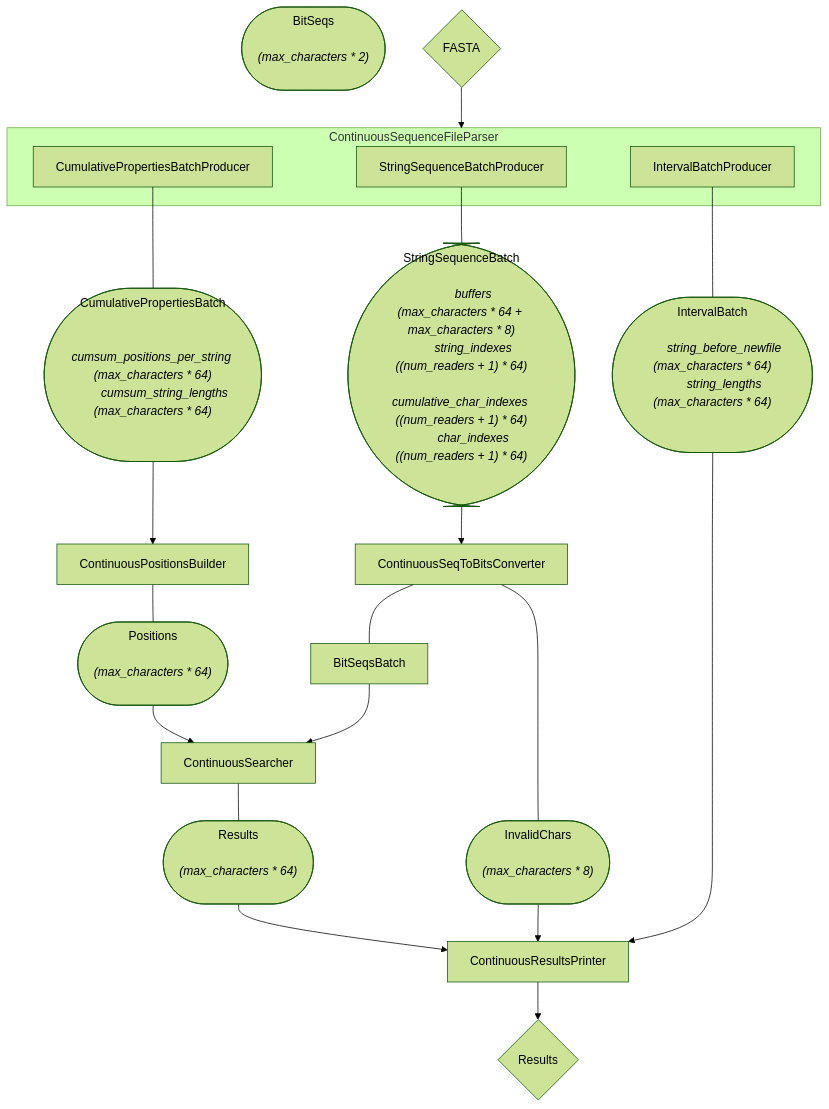
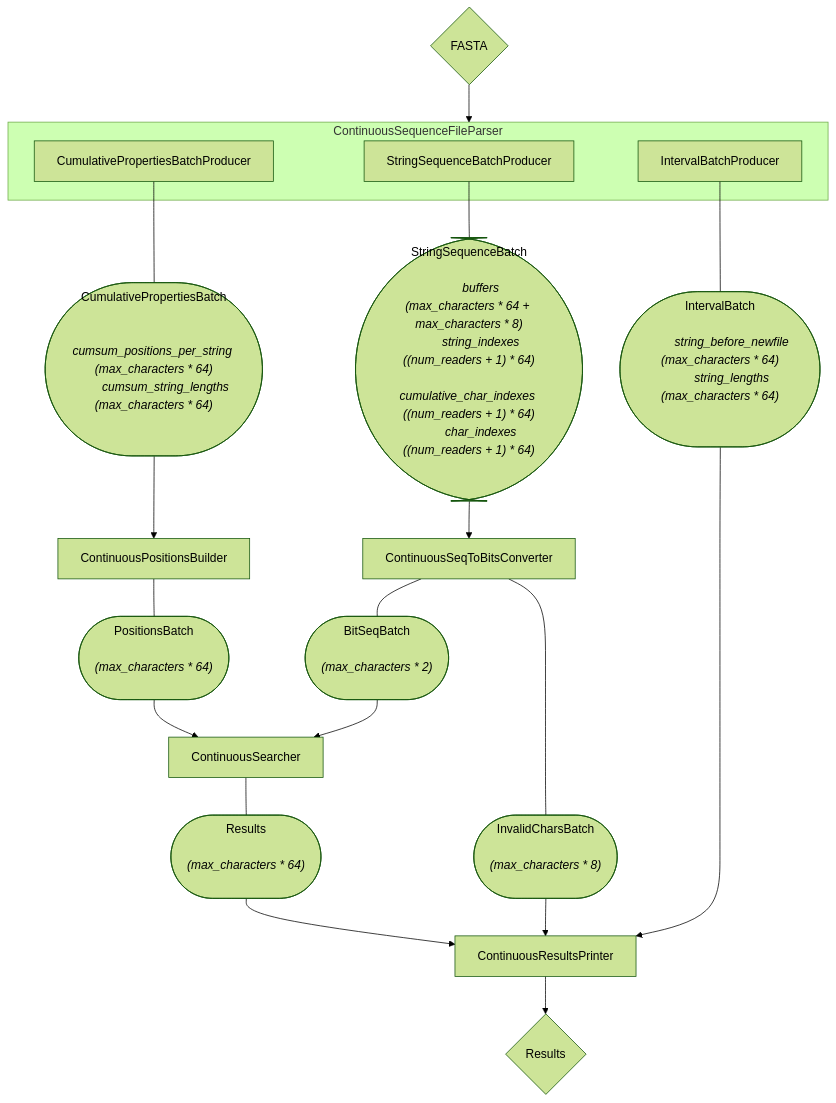
The diagram in documentation/Documents/ProjectDocumentation/graphs/SearchComponentsPipeline.mmd (CowKeyMan/SBWT-Search), drawn with Mermaid (forest theme) before and after one commit.

Commit message:
Update documentation diagrams to reflect new terminology

```diff
--- a/documentation/Documents/ProjectDocumentation/graphs/SearchComponentsPipeline.mmd
+++ b/documentation/Documents/ProjectDocumentation/graphs/SearchComponentsPipeline.mmd
@@ -1,79 +1,79 @@
 flowchart TD
     StringSequenceBatch(["
         StringSequenceBatch
         <i>
         buffers (max_characters * 64 + max_characters * 8)
         string_indexes ((num_readers + 1) * 64)
         cumulative_char_indexes ((num_readers + 1) * 64)
         char_indexes ((num_readers + 1) * 64)
 
         </i>
     "])
     CumulativePropertiesBatch(["
         CumulativePropertiesBatch
         <i>
         cumsum_positions_per_string (max_characters * 64)
         cumsum_string_lengths (max_characters * 64)
 
         </i>
     "])
     IntervalBatch(["
         IntervalBatch
         <i>
         string_before_newfile (max_characters * 64)
         string_lengths (max_characters * 64)
 
         </i>
     "])
     PositionsBatch(["
-        Positions
+        PositionsBatch
         <i>
         (max_characters * 64)
 
         </i>
     "])
     BitSeqBatch(["
-        BitSeqs
+        BitSeqBatch
         <i>
         (max_characters * 2)
 
         </i>
     "])
     Results(["
         Results
         <i>
         (max_characters * 64)
 
         </i>
     "])
     InvalidCharsBatch(["
-        InvalidChars
+        InvalidCharsBatch
         <i>
         (max_characters * 8)
 
         </i>
     "])
 
     FASTA{FASTA}-->ContinuousSequenceFileParser
     subgraph ContinuousSequenceFileParser
         StringSequenceBatchProducer
         CumulativePropertiesBatchProducer
         IntervalBatchProducer
     end
     StringSequenceBatchProducer --- StringSequenceBatch
     CumulativePropertiesBatchProducer --- CumulativePropertiesBatch
     IntervalBatchProducer --- IntervalBatch
     ContinuousPositionsBuilder --- PositionsBatch
-    ContinuousSeqToBitsConverter --- BitSeqsBatch
+    ContinuousSeqToBitsConverter --- BitSeqBatch
     ContinuousSeqToBitsConverter --- InvalidCharsBatch
     ContinuousSearcher --- Results
 
     StringSequenceBatch-->ContinuousSeqToBitsConverter
     CumulativePropertiesBatch-->ContinuousPositionsBuilder
     PositionsBatch --> ContinuousSearcher
-    BitSeqsBatch --> ContinuousSearcher
+    BitSeqBatch --> ContinuousSearcher
     Results --> ContinuousResultsPrinter
     InvalidCharsBatch --> ContinuousResultsPrinter
     IntervalBatch --> ContinuousResultsPrinter
 
     ContinuousResultsPrinter--> ResultFiles{Results}
```
